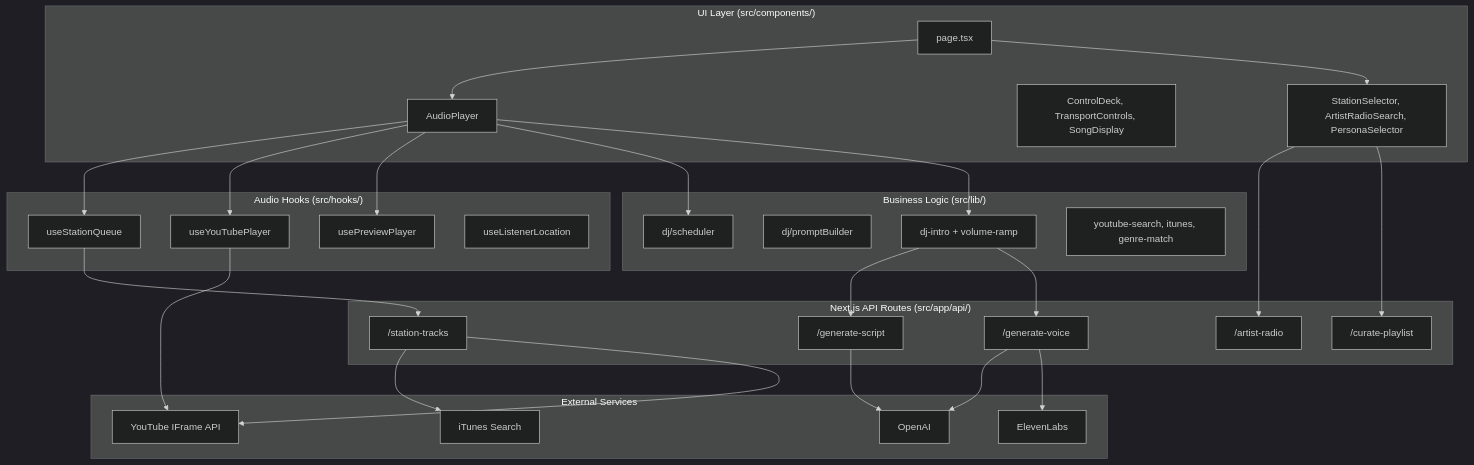
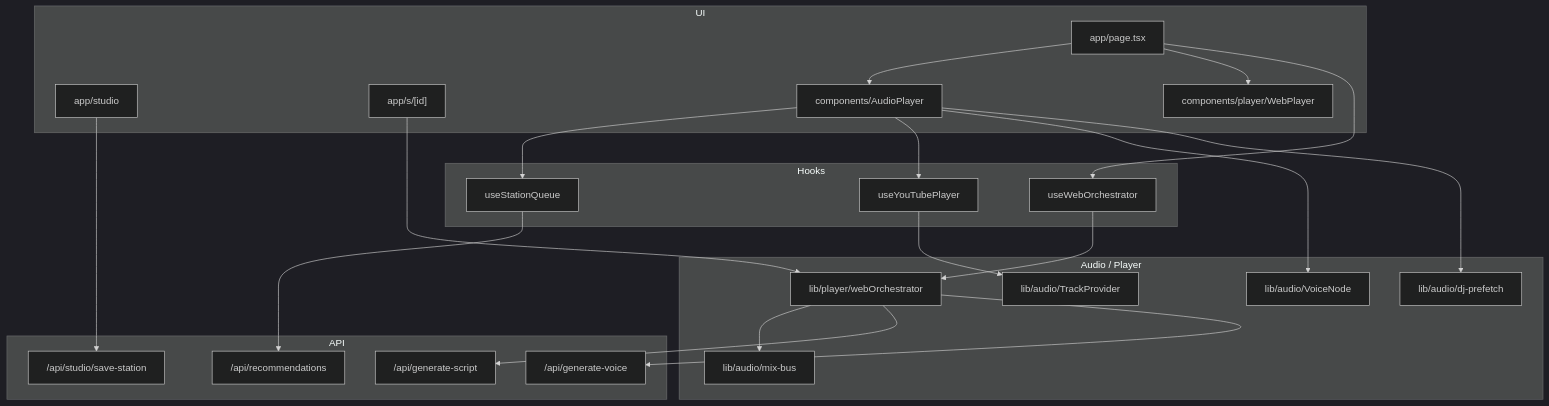
One commit to SongGhost/SongGhost changed the diagram in docs/ARCHITECTURE.md. Above: the diagram before and after it, drawn with Mermaid (dark theme). The commit also changed other lines of this file and 8 other files, not shown here.

````diff
--- a/docs/ARCHITECTURE.md
+++ b/docs/ARCHITECTURE.md
@@ -28,57 +27,47 @@
 ```mermaid
 flowchart TB
-  subgraph UI["UI Layer (src/components/)"]
-    Page["page.tsx"]
-    AudioPlayer["AudioPlayer"]
-    ControlDeck["ControlDeck, TransportControls, SongDisplay"]
-    Selectors["StationSelector, ArtistRadioSearch, PersonaSelector"]
+  subgraph UI["UI"]
+    Home["app/page.tsx"]
+    Studio["app/studio"]
+    Share["app/s/[id]"]
+    WebPlayer["components/player/WebPlayer"]
+    AudioPlayer["components/AudioPlayer"]
   end
 
-  subgraph Hooks["Audio Hooks (src/hooks/)"]
+  subgraph Hooks["Hooks"]
     Queue["useStationQueue"]
     YT["useYouTubePlayer"]
-    Preview["usePreviewPlayer"]
-    Location["useListenerLocation"]
+    WO["useWebOrchestrator"]
   end
 
-  subgraph Lib["Business Logic (src/lib/)"]
-    Scheduler["dj/scheduler"]
-    Prompt["dj/promptBuilder"]
-    Intro["dj-intro + volume-ramp"]
-    Search["youtube-search, itunes, genre-match"]
+  subgraph Engine["Audio / Player"]
+    Mix["lib/audio/mix-bus"]
+    Voice["lib/audio/VoiceNode"]
+    Prefetch["lib/audio/dj-prefetch"]
+    Orch["lib/player/webOrchestrator"]
+    TP["lib/audio/TrackProvider"]
   end
 
-  subgraph API["Next.js API Routes (src/app/api/)"]
-    Script["/generate-script"]
-    Voice["/generate-voice"]
-    Tracks["/station-tracks"]
-    ArtistRadio["/artist-radio"]
-    Curate["/curate-playlist"]
+  subgraph API["API"]
+    Rec["/api/recommendations"]
+    Script["/api/generate-script"]
+    VoiceApi["/api/generate-voice"]
+    Save["/api/studio/save-station"]
   end
 
-  subgraph External["External Services"]
-    OpenAI["OpenAI"]
-    ElevenLabs["ElevenLabs"]
-    YouTube["YouTube IFrame API"]
-    ITunes["iTunes Search"]
-  end
-
-  Page --> AudioPlayer
-  Page --> Selectors
+  Home --> AudioPlayer
+  Home --> WebPlayer
+  Home --> WO
   AudioPlayer --> Queue
   AudioPlayer --> YT
-  AudioPlayer --> Preview
-  AudioPlayer --> Scheduler
-  AudioPlayer --> Intro
-  Intro --> Script
-  Intro --> Voice
-  Queue --> Tracks
-  Selectors --> ArtistRadio
-  Selectors --> Curate
-  Script --> OpenAI
-  Voice --> OpenAI
-  Voice --> ElevenLabs
-  YT --> YouTube
-  Tracks --> ITunes
-  Tracks --> YouTube
+  AudioPlayer --> Voice
+  AudioPlayer --> Prefetch
+  WO --> Orch
+  Orch --> Mix
+  YT --> TP
+  Orch --> Script
+  Orch --> VoiceApi
+  Queue --> Rec
+  Studio --> Save
+  Share --> Orch
 ```
````
